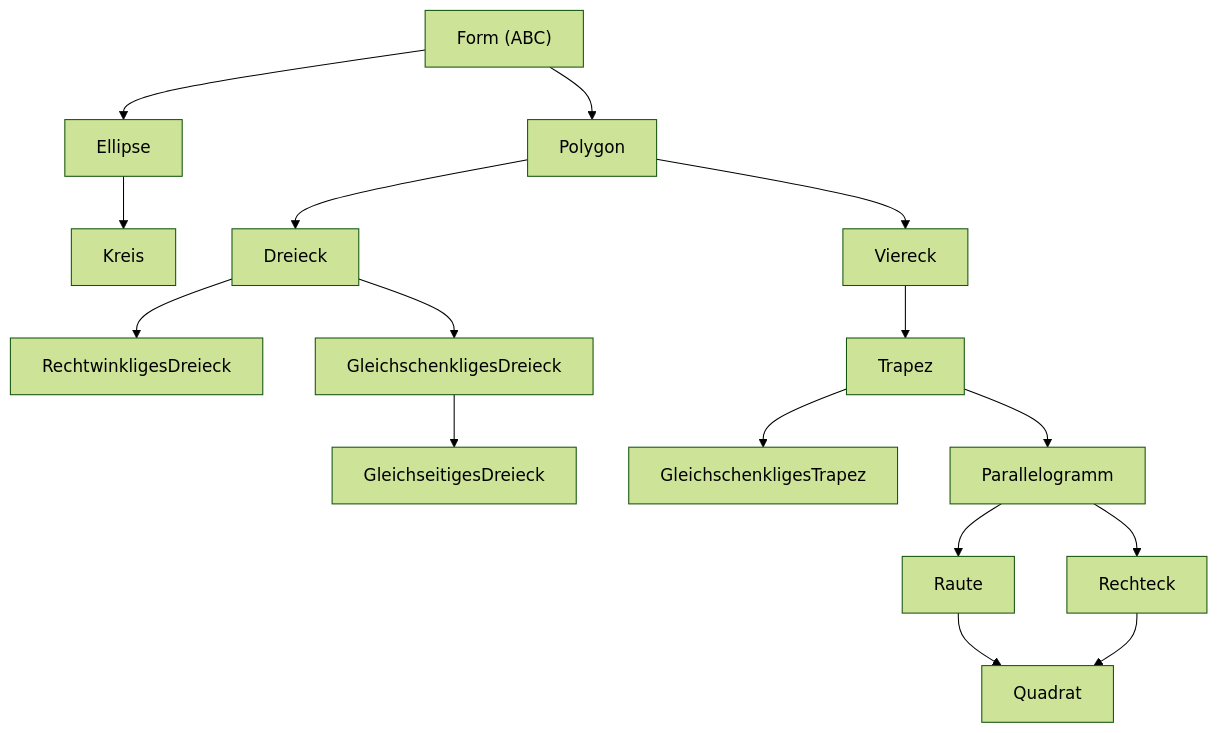
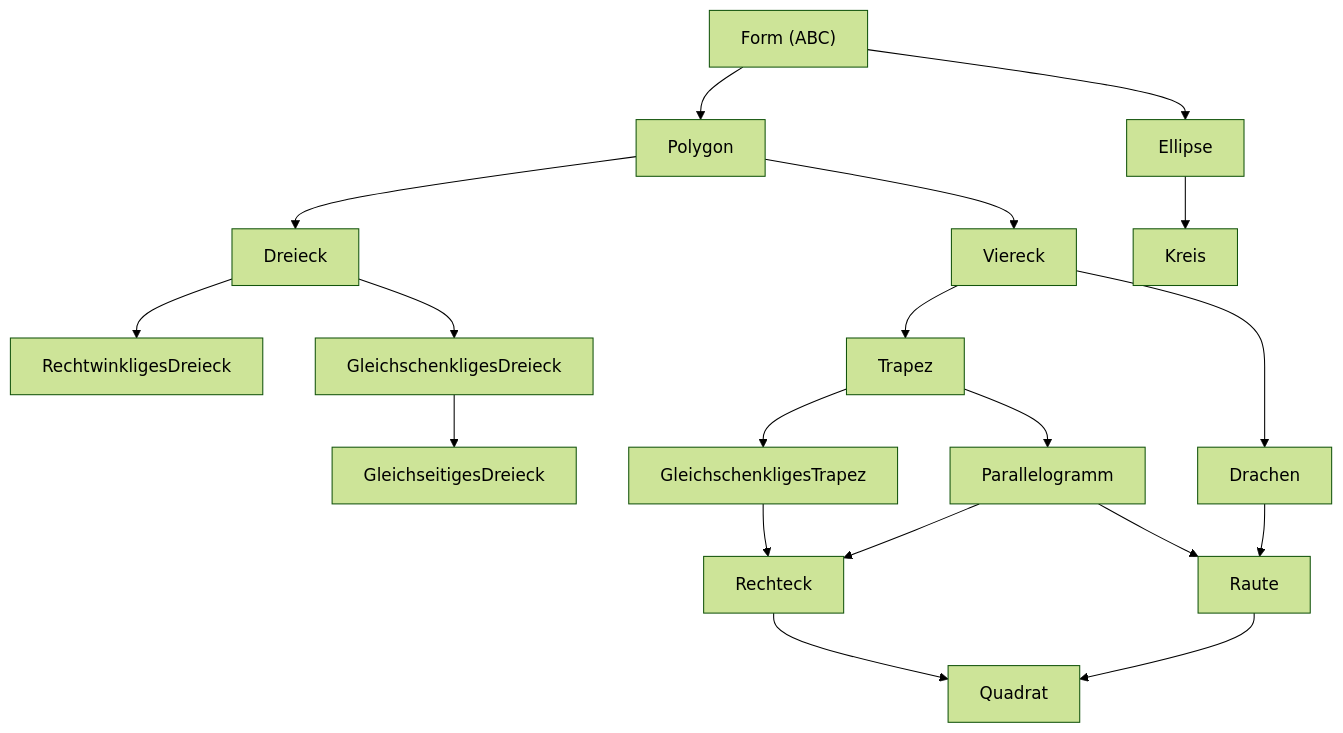
One commit to oliver-devs/py-euclid changed the diagram in README.md. Above: the diagram before and after it, drawn with Mermaid (forest theme). The commit also changed other lines of this file, not shown here.

````diff
--- a/README.md
+++ b/README.md
@@ -71,22 +76,25 @@
 ```mermaid
 graph TD
     Form["Form (ABC)"] --> Polygon
     Form --> Ellipse
     Ellipse --> Kreis
 
     Polygon --> Dreieck
     Polygon --> Viereck
 
     Dreieck --> RechtwinkligesDreieck
     Dreieck --> GleichschenkligesDreieck
     GleichschenkligesDreieck --> GleichseitigesDreieck
 
     Viereck --> Trapez
+    Viereck --> Drachen
+    Drachen --> Raute
     Trapez --> GleichschenkligesTrapez
     Trapez --> Parallelogramm
+    GleichschenkligesTrapez --> Rechteck
+    Parallelogramm --> Rechteck
     Parallelogramm --> Raute
-    Parallelogramm --> Rechteck
 
     Raute --> Quadrat
     Rechteck --> Quadrat
 ```
````
